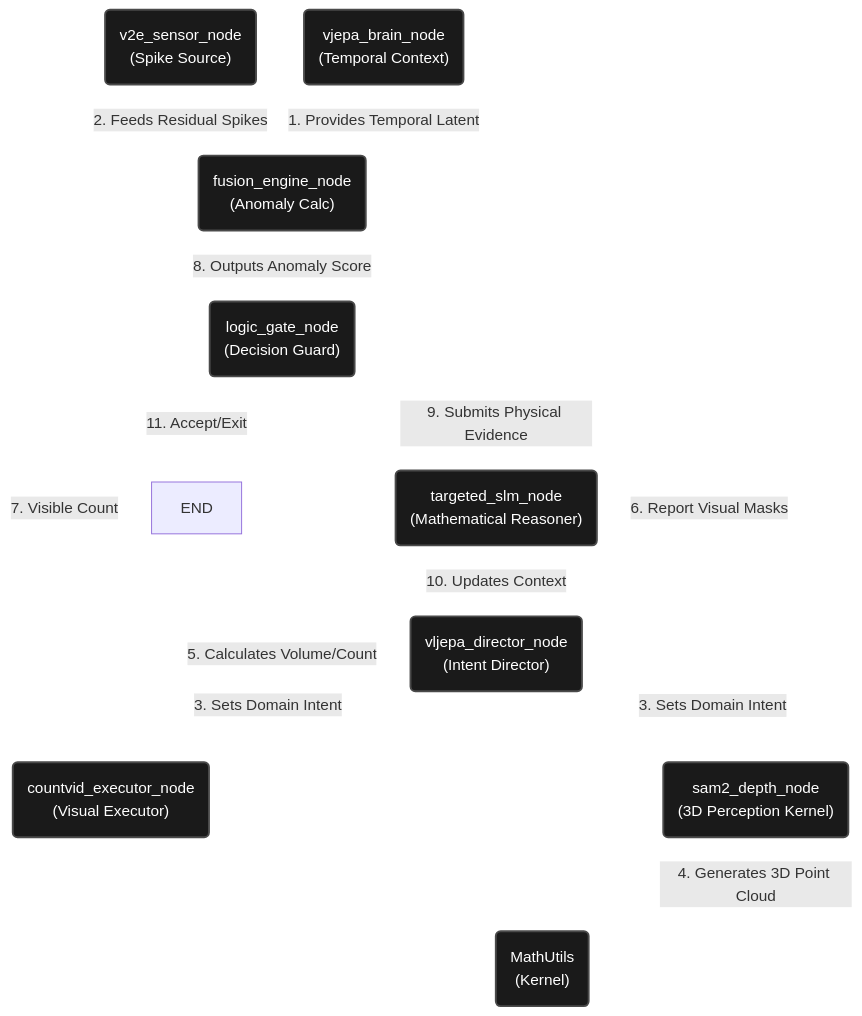
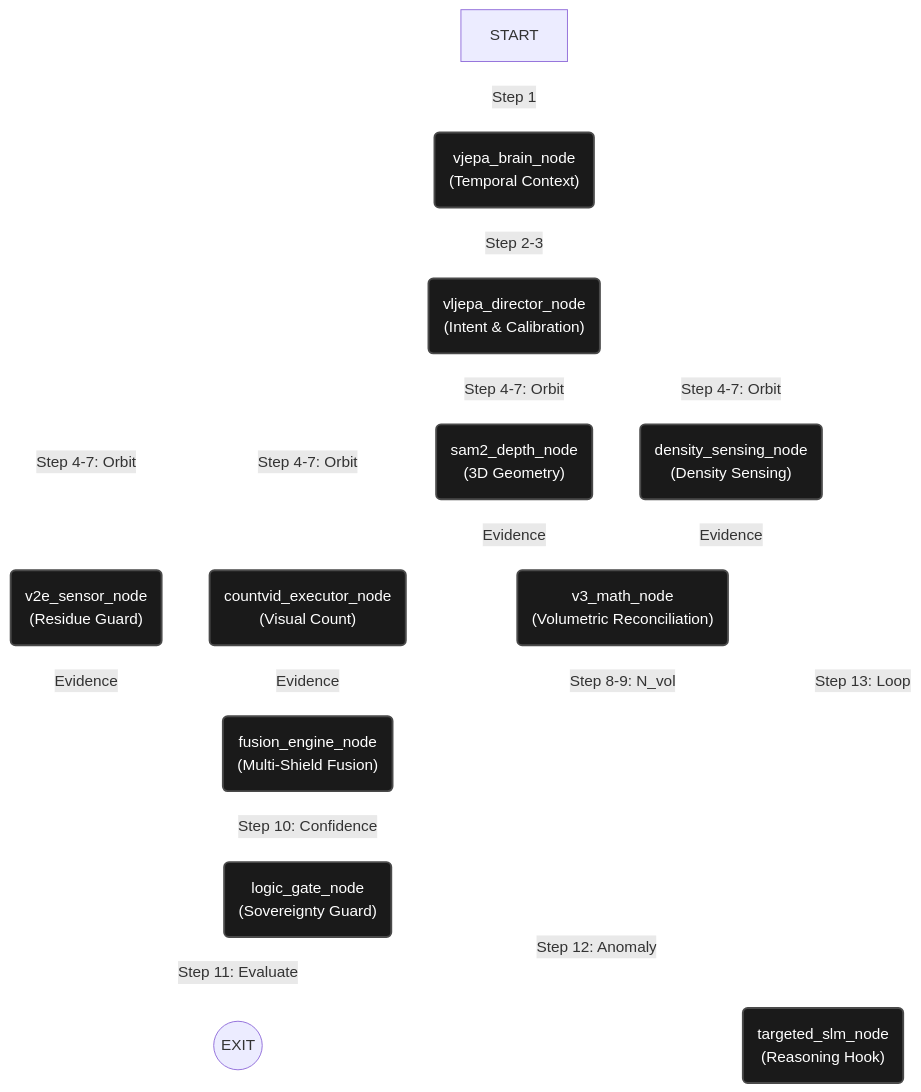
One commit to Yonnnnnnnnn/numeri-vjepa-experiment changed the diagram in Architecture_Diagram.md. Above: the diagram before and after it, drawn with Mermaid. The commit also changed 153 other files, not shown here.

````diff
--- a/Architecture_Diagram.md
+++ b/Architecture_Diagram.md
@@ -27,40 +27,38 @@
 ```mermaid
 graph TD
     %% Define Objects (Nodes)
-    v2e_sensor_node("v2e_sensor_node<br>(Spike Source)")
     vjepa_brain_node("vjepa_brain_node<br>(Temporal Context)")
-    vljepa_director_node("vljepa_director_node<br>(Intent Director)")
-    countvid_executor_node("countvid_executor_node<br>(Visual Executor)")
-    sam2_depth_node("sam2_depth_node<br>(3D Perception Kernel)")
-    fusion_engine_node("fusion_engine_node<br>(Anomaly Calc)")
-    logic_gate_node("logic_gate_node<br>(Decision Guard)")
-    targeted_slm_node("targeted_slm_node<br>(Mathematical Reasoner)")
-    MathUtils("MathUtils<br>(Kernel)")
+    vljepa_director_node("vljepa_director_node<br>(Intent & Calibration)")
+    v2e_sensor_node("v2e_sensor_node<br>(Residue Guard)")
+    sam2_depth_node("sam2_depth_node<br>(3D Geometry)")
+    density_sensing_node("density_sensing_node<br>(Density Sensing)")
+    countvid_executor_node("countvid_executor_node<br>(Visual Count)")
+    v3_math_node("v3_math_node<br>(Volumetric Reconciliation)")
+    fusion_engine_node("fusion_engine_node<br>(Multi-Shield Fusion)")
+    logic_gate_node("logic_gate_node<br>(Sovereignty Guard)")
+    targeted_slm_node("targeted_slm_node<br>(Reasoning Hook)")
 
-    %% Define Morphisms (Arrows = Actions)
+    %% Define Sovereignty Flow (13-Step)
+    START["START"] -- "Step 1" --> vjepa_brain_node
+    vjepa_brain_node -- "Step 2-3" --> vljepa_director_node
+    vljepa_director_node -- "Step 4-7: Orbit" --> v2e_sensor_node
+    vljepa_director_node -- "Step 4-7: Orbit" --> sam2_depth_node
+    vljepa_director_node -- "Step 4-7: Orbit" --> density_sensing_node
+    vljepa_director_node -- "Step 4-7: Orbit" --> countvid_executor_node
 
-    %% Sensory & Intent Flow
-    vjepa_brain_node -- "1. Provides Temporal Latent" --> fusion_engine_node
-    v2e_sensor_node -- "2. Feeds Residual Spikes" --> fusion_engine_node
-    vljepa_director_node -- "3. Sets Domain Intent" --> sam2_depth_node
-    vljepa_director_node -- "3. Sets Domain Intent" --> countvid_executor_node
+    v2e_sensor_node -- "Evidence" --> fusion_engine_node
+    sam2_depth_node -- "Evidence" --> v3_math_node
+    density_sensing_node -- "Evidence" --> v3_math_node
+    countvid_executor_node -- "Evidence" --> fusion_engine_node
 
-    %% Perception & Math Flow
-    sam2_depth_node -- "4. Generates 3D Point Cloud" --> MathUtils
-    MathUtils -- "5. Calculates Volume/Count" --> logic_gate_node
-    sam2_depth_node -- "6. Report Visual Masks" --> fusion_engine_node
-    countvid_executor_node -- "7. Visible Count" --> fusion_engine_node
-
-    %% Analysis & Decision Flow
-    fusion_engine_node -- "8. Outputs Anomaly Score" --> logic_gate_node
-    logic_gate_node -- "9. Submits Physical Evidence" --> targeted_slm_node
-
-    %% Recursion & Exit
-    targeted_slm_node -- "10. Updates Context" --> vljepa_director_node
-    logic_gate_node -- "11. Accept/Exit" --> END["END"]
+    v3_math_node -- "Step 8-9: N_vol" --> fusion_engine_node
+    fusion_engine_node -- "Step 10: Confidence" --> logic_gate_node
+    logic_gate_node -- "Step 11: Evaluate" --> EXIT((EXIT))
+    logic_gate_node -- "Step 12: Anomaly" --> targeted_slm_node
+    targeted_slm_node -- "Step 13: Loop" --> vljepa_director_node
 
     %% Styling
     linkStyle default stroke-width:2px,fill:none,stroke:white;
     classDef object fill:#1a1a1a,stroke:#4a4a4a,stroke-width:2px,color:white;
-    class v2e_sensor_node,vjepa_brain_node,vljepa_director_node,countvid_executor_node,sam2_depth_node,fusion_engine_node,logic_gate_node,targeted_slm_node,MathUtils object;
+    class vjepa_brain_node,vljepa_director_node,v2e_sensor_node,sam2_depth_node,density_sensing_node,countvid_executor_node,v3_math_node,fusion_engine_node,logic_gate_node,targeted_slm_node object;
 ```
````
